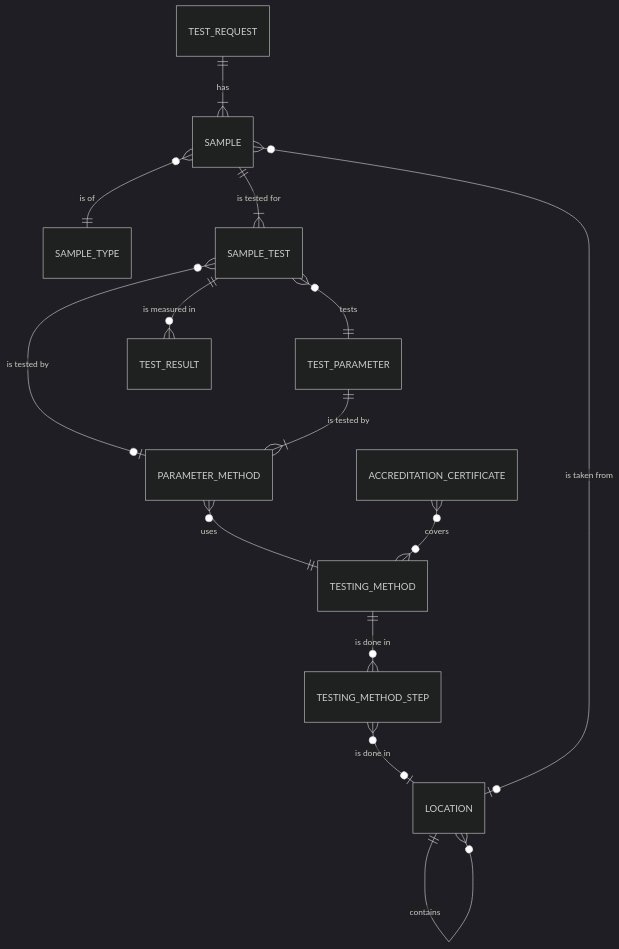
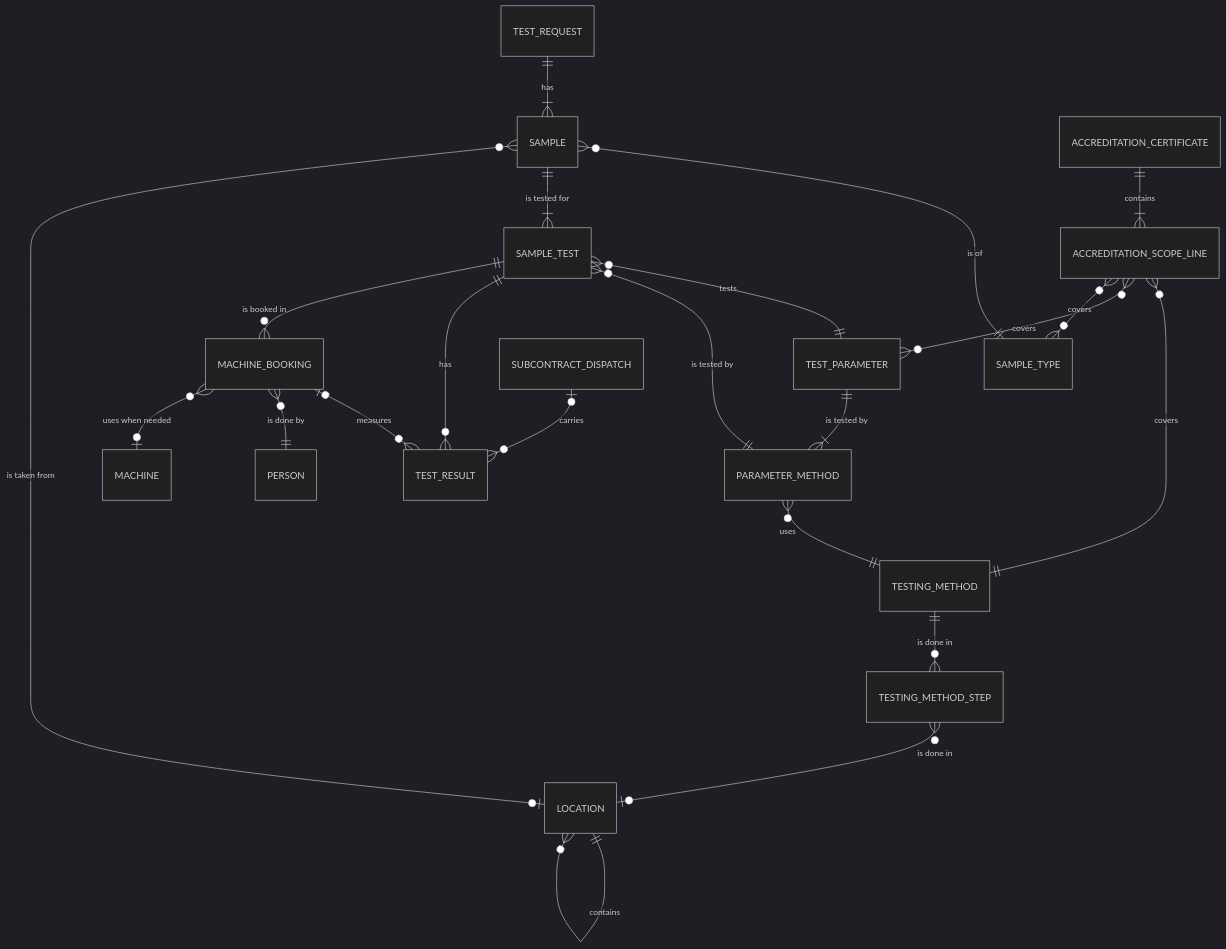
Before and after one commit to SoltuneMontepre/medilab: the first of 9 diagrams in docs/functional/laboratory_module/overview.md, drawn with Mermaid (dark theme). The commit also changed other lines of this file and 47 other files, not shown here.

````diff
--- a/docs/functional/laboratory_module/overview.md
+++ b/docs/functional/laboratory_module/overview.md
@@ -14,16 +14,24 @@
 ```mermaid
 erDiagram
     TEST_REQUEST ||--|{ SAMPLE : has
     SAMPLE }o--|| SAMPLE_TYPE : "is of"
     SAMPLE ||--|{ SAMPLE_TEST : "is tested for"
     SAMPLE_TEST }o--|| TEST_PARAMETER : tests
-    SAMPLE_TEST }o--o| PARAMETER_METHOD : "is tested by"
+    SAMPLE_TEST }o--|| PARAMETER_METHOD : "is tested by"
     TEST_PARAMETER ||--|{ PARAMETER_METHOD : "is tested by"
     PARAMETER_METHOD }o--|| TESTING_METHOD : uses
     TESTING_METHOD ||--o{ TESTING_METHOD_STEP : "is done in"
     LOCATION ||--o{ LOCATION : contains
     TESTING_METHOD_STEP }o--o| LOCATION : "is done in"
     SAMPLE }o--o| LOCATION : "is taken from"
-    ACCREDITATION_CERTIFICATE }o--o{ TESTING_METHOD : covers
-    SAMPLE_TEST ||--o{ TEST_RESULT : "is measured in"
+    ACCREDITATION_CERTIFICATE ||--|{ ACCREDITATION_SCOPE_LINE : contains
+    ACCREDITATION_SCOPE_LINE }o--|| TESTING_METHOD : covers
+    ACCREDITATION_SCOPE_LINE }o--o{ TEST_PARAMETER : covers
+    ACCREDITATION_SCOPE_LINE }o--o{ SAMPLE_TYPE : covers
+    SAMPLE_TEST ||--o{ TEST_RESULT : has
+    SAMPLE_TEST ||--o{ MACHINE_BOOKING : "is booked in"
+    MACHINE_BOOKING o|--o{ TEST_RESULT : measures
+    SUBCONTRACT_DISPATCH o|--o{ TEST_RESULT : carries
+    MACHINE_BOOKING }o--|| PERSON : "is done by"
+    MACHINE_BOOKING }o--o| MACHINE : "uses when needed"
 ```
````
